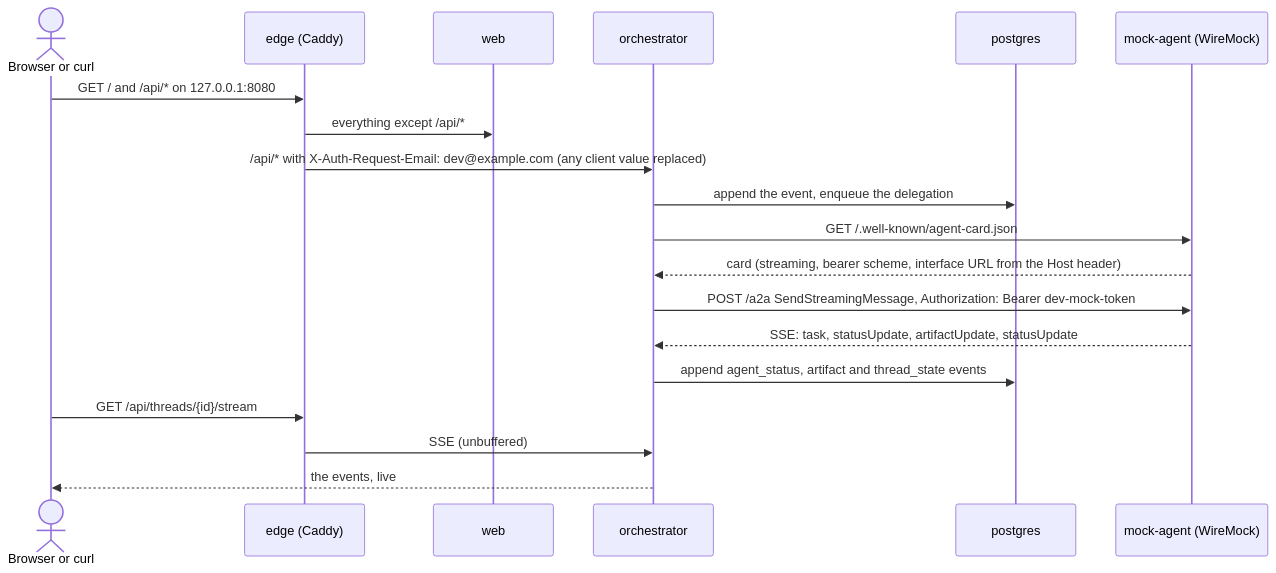
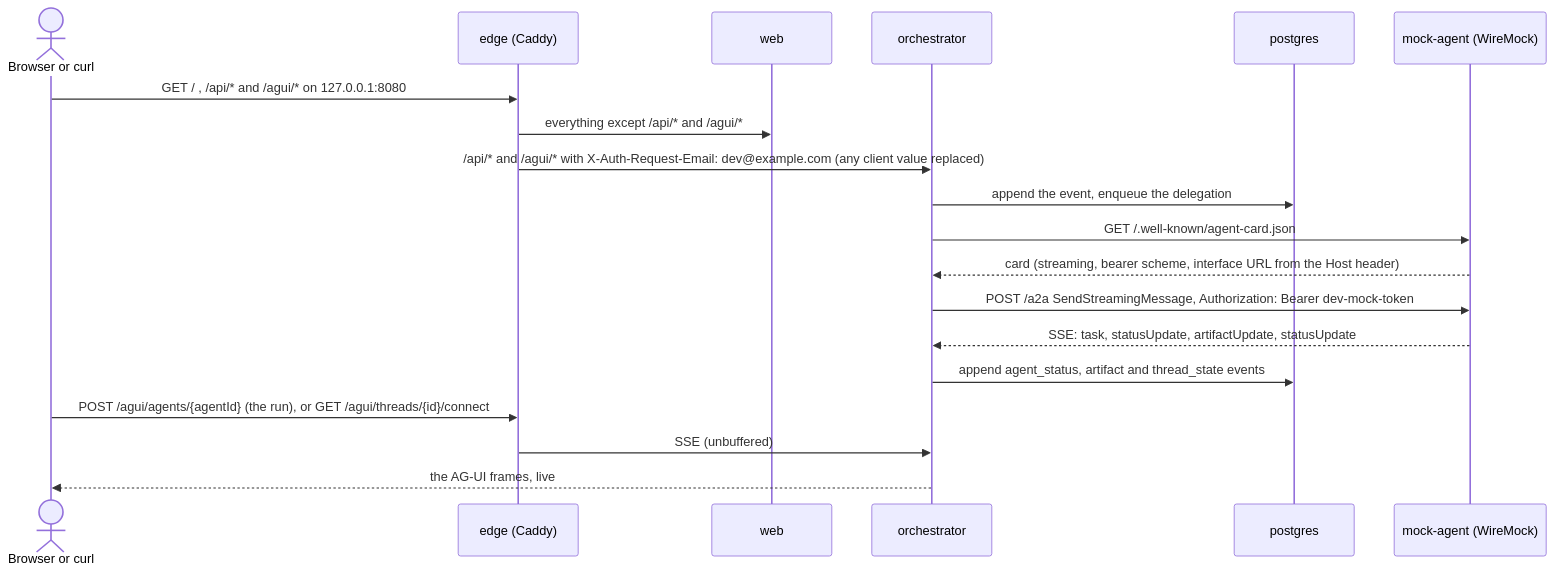
The first of 6 diagrams in dev/README.md (vymalo/another-agentic-system), drawn with Mermaid before and after one commit. The commit also changed other lines of this file and 18 other files, not shown here.

````diff
--- a/dev/README.md
+++ b/dev/README.md
@@ -33,21 +33,21 @@
 ```mermaid
 sequenceDiagram
   actor U as Browser or curl
   participant E as edge (Caddy)
   participant W as web
   participant O as orchestrator
   participant P as postgres
   participant M as mock-agent (WireMock)
-  U->>E: GET / and /api/* on 127.0.0.1:8080
-  E->>W: everything except /api/*
-  E->>O: /api/* with X-Auth-Request-Email: dev@example.com (any client value replaced)
+  U->>E: GET / , /api/* and /agui/* on 127.0.0.1:8080
+  E->>W: everything except /api/* and /agui/*
+  E->>O: /api/* and /agui/* with X-Auth-Request-Email: dev@example.com (any client value replaced)
   O->>P: append the event, enqueue the delegation
   O->>M: GET /.well-known/agent-card.json
   M-->>O: card (streaming, bearer scheme, interface URL from the Host header)
   O->>M: POST /a2a SendStreamingMessage, Authorization: Bearer dev-mock-token
   M-->>O: SSE: task, statusUpdate, artifactUpdate, statusUpdate
   O->>P: append agent_status, artifact and thread_state events
-  U->>E: GET /api/threads/{id}/stream
+  U->>E: POST /agui/agents/{agentId} (the run), or GET /agui/threads/{id}/connect
   E->>O: SSE (unbuffered)
-  O-->>U: the events, live
+  O-->>U: the AG-UI frames, live
 ```
````
